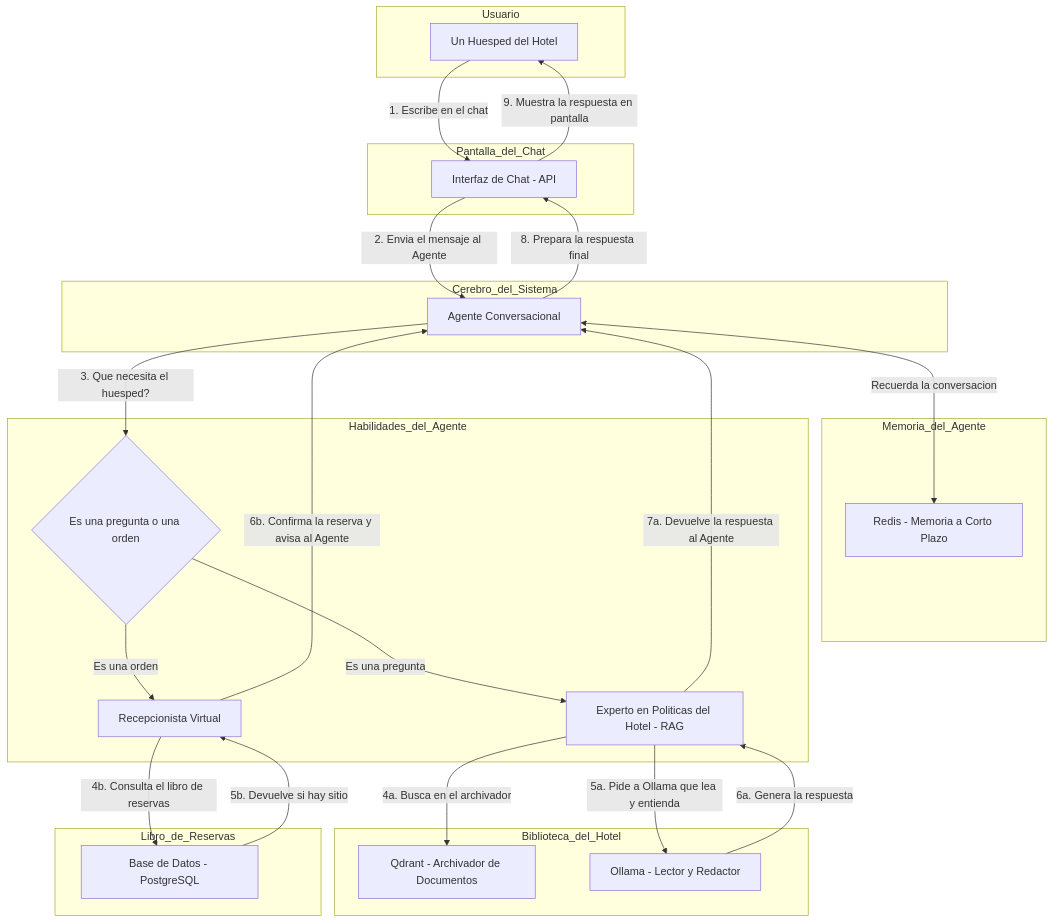
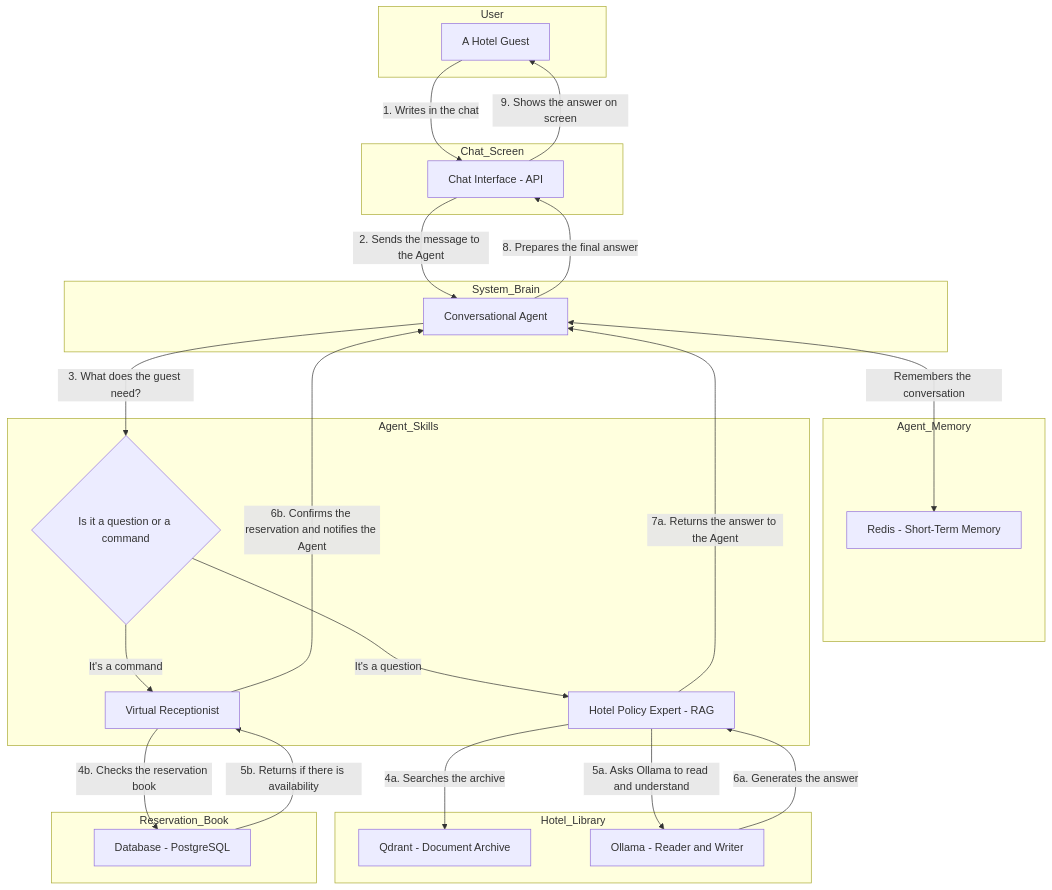
One commit to cokecancook/receptibot changed the diagram in README.md. Above: the diagram before and after it, drawn with Mermaid. The commit also changed other lines of this file, not shown here.

````diff
--- a/README.md
+++ b/README.md
@@ -11,52 +16,52 @@
 ```mermaid
 graph TD
-    subgraph Usuario
-        A[Un Huesped del Hotel]
+    subgraph User
+        A[A Hotel Guest]
     end
 
-    subgraph Pantalla_del_Chat
-        B[Interfaz de Chat - API]
+    subgraph Chat_Screen
+        B[Chat Interface - API]
     end
 
-    subgraph Cerebro_del_Sistema
-        C[Agente Conversacional]
+    subgraph System_Brain
+        C[Conversational Agent]
     end
 
-    subgraph Memoria_del_Agente
-        D[Redis - Memoria a Corto Plazo]
+    subgraph Agent_Memory
+        D[Redis - Short-Term Memory]
     end
 
-    subgraph Habilidades_del_Agente
-        E{Es una pregunta o una orden}
-        F[Experto en Politicas del Hotel - RAG]
-        G[Recepcionista Virtual]
+    subgraph Agent_Skills
+        E{Is it a question or a command}
+        F[Hotel Policy Expert - RAG]
+        G[Virtual Receptionist]
     end
 
-    subgraph Biblioteca_del_Hotel
-        H[Qdrant - Archivador de Documentos]
-        I[Ollama - Lector y Redactor]
+    subgraph Hotel_Library
+        H[Qdrant - Document Archive]
+        I[Ollama - Reader and Writer]
     end
 
-    subgraph Libro_de_Reservas
-        J[Base de Datos - PostgreSQL]
+    subgraph Reservation_Book
+        J[Database - PostgreSQL]
     end
 
-    A -->|1. Escribe en el chat| B
-    B -->|2. Envia el mensaje al Agente| C
-    C <-->|Recuerda la conversacion| D
-    C -->|3. Que necesita el huesped?| E
+    A -->|1. Writes in the chat| B
+    B -->|2. Sends the message to the Agent| C
+    C <-->|Remembers the conversation| D
+    C -->|3. What does the guest need?| E
 
-    E -->|Es una pregunta| F
-    F -->|4a. Busca en el archivador| H
-    F -->|5a. Pide a Ollama que lea y entienda| I
-    I -->|6a. Genera la respuesta| F
-    F -->|7a. Devuelve la respuesta al Agente| C
+    E -->|It's a question| F
+    F -->|4a. Searches the archive| H
+    F -->|5a. Asks Ollama to read and understand| I
+    I -->|6a. Generates the answer| F
+    F -->|7a. Returns the answer to the Agent| C
 
-    E -->|Es una orden| G
-    G -->|4b. Consulta el libro de reservas| J
-    J -->|5b. Devuelve si hay sitio| G
-    G -->|6b. Confirma la reserva y avisa al Agente| C
+    E -->|It's a command| G
+    G -->|4b. Checks the reservation book| J
+    J -->|5b. Returns if there is availability| G
+    G -->|6b. Confirms the reservation and notifies the Agent| C
 
-    C -->|8. Prepara la respuesta final| B
-    B -->|9. Muestra la respuesta en pantalla| A
+    C -->|8. Prepares the final answer| B
+    B -->|9. Shows the answer on screen| A
 ```
````
